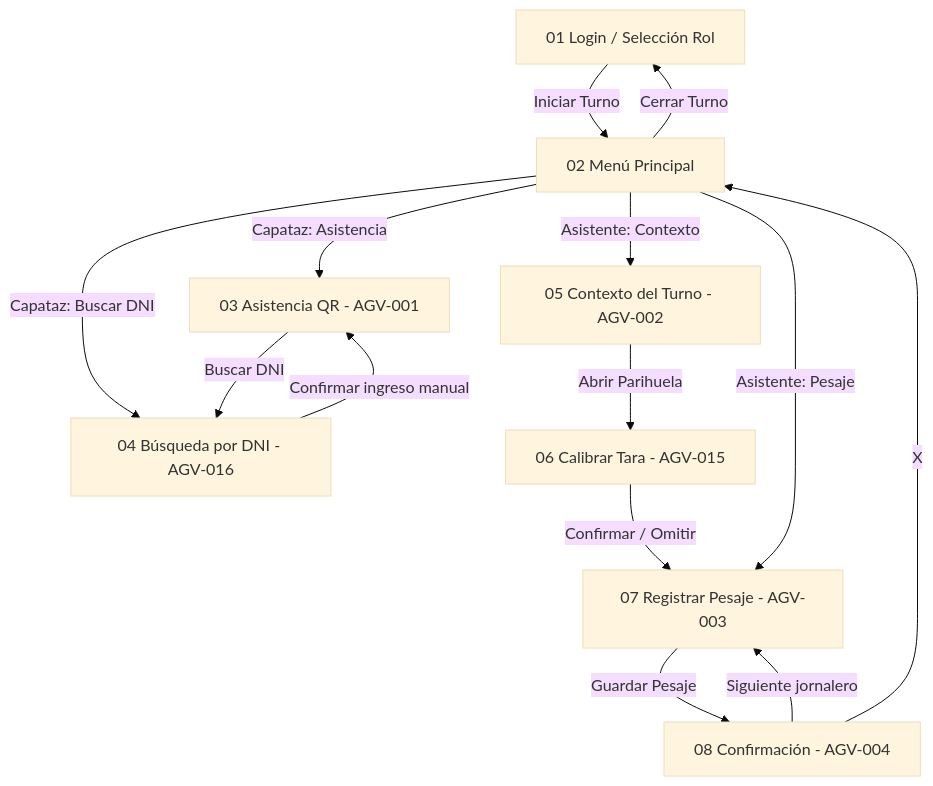
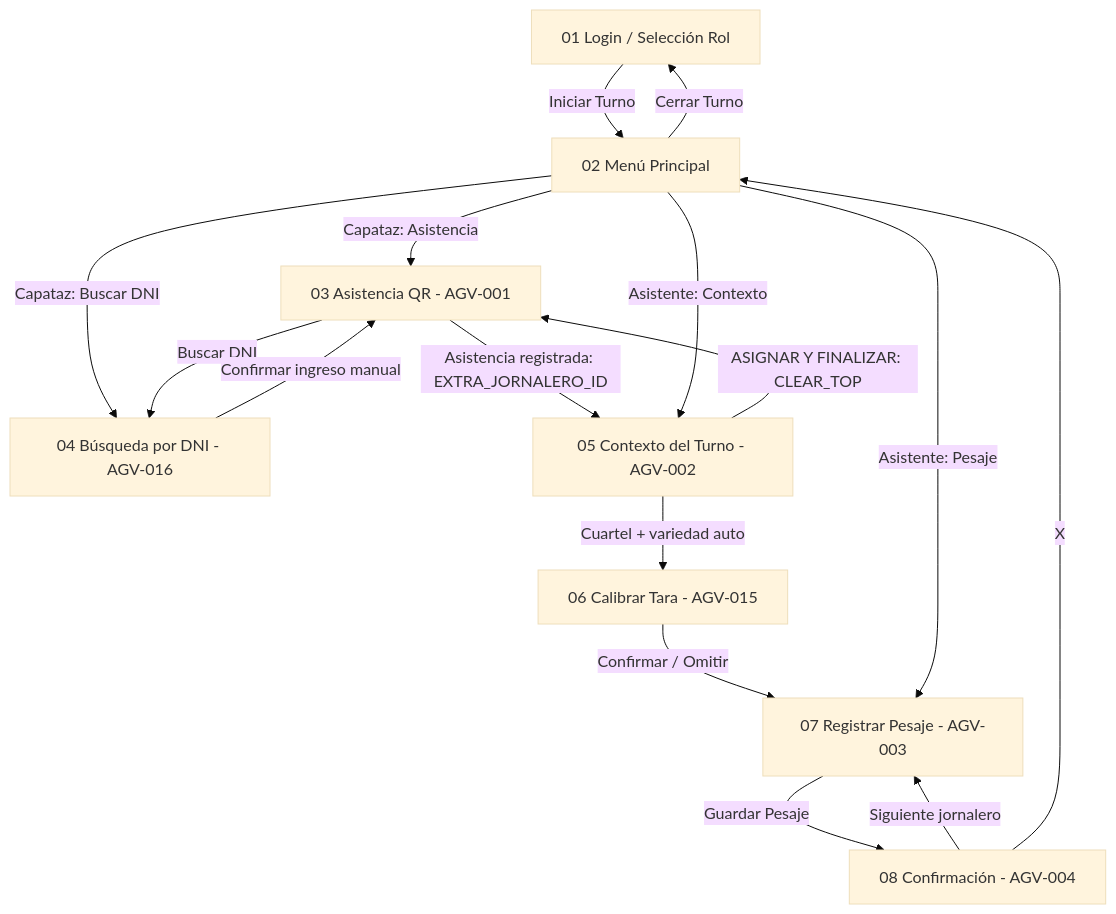
One commit to Jhordy-Salirrosas/Agrovalle-cosecha-android changed the diagram in README.md. Above: the diagram before and after it, drawn with Mermaid (base theme). The commit also changed other lines of this file and 33 other files, not shown here.

````diff
--- a/README.md
+++ b/README.md
@@ -116,16 +143,18 @@
 ```mermaid
 graph TD
     A[01 Login / Selección Rol] -->|Iniciar Turno| B[02 Menú Principal]
     B -->|Capataz: Asistencia| C[03 Asistencia QR - AGV-001]
     B -->|Capataz: Buscar DNI| D[04 Búsqueda por DNI - AGV-016]
     C -->|Buscar DNI| D
     D -->|Confirmar ingreso manual| C
-    B -->|Asistente: Contexto| E[05 Contexto del Turno - AGV-002]
-    E -->|Abrir Parihuela| F[06 Calibrar Tara - AGV-015]
+    C -->|Asistencia registrada: EXTRA_JORNALERO_ID| E[05 Contexto del Turno - AGV-002]
+    E -->|ASIGNAR Y FINALIZAR: CLEAR_TOP| C
+    B -->|Asistente: Contexto| E
+    E -->|Cuartel + variedad auto| F[06 Calibrar Tara - AGV-015]
     F -->|Confirmar / Omitir| G[07 Registrar Pesaje - AGV-003]
     B -->|Asistente: Pesaje| G
     G -->|Guardar Pesaje| H[08 Confirmación - AGV-004]
     H -->|Siguiente jornalero| G
     H -->|X| B
     B -->|Cerrar Turno| A
 ```
````
